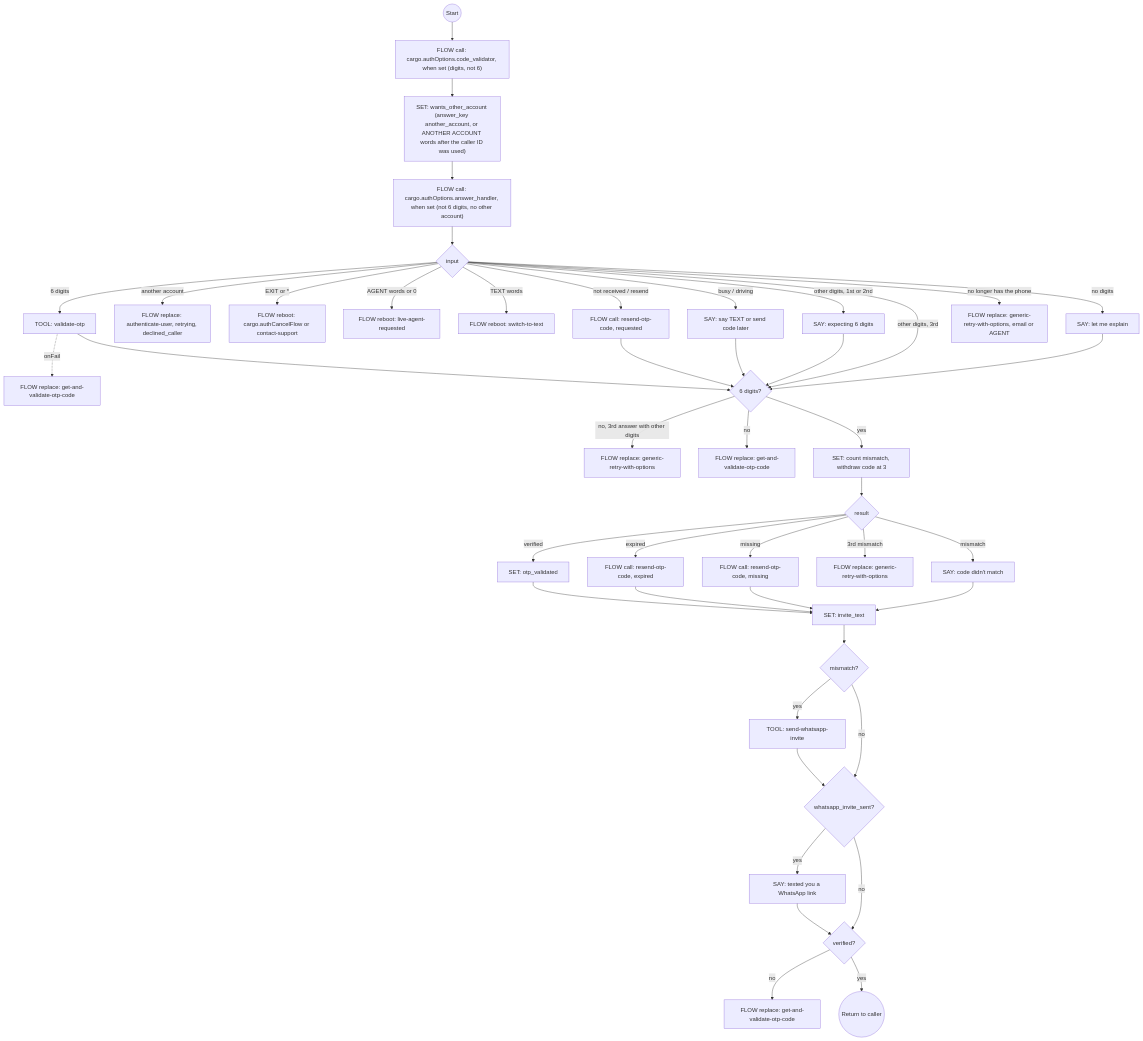
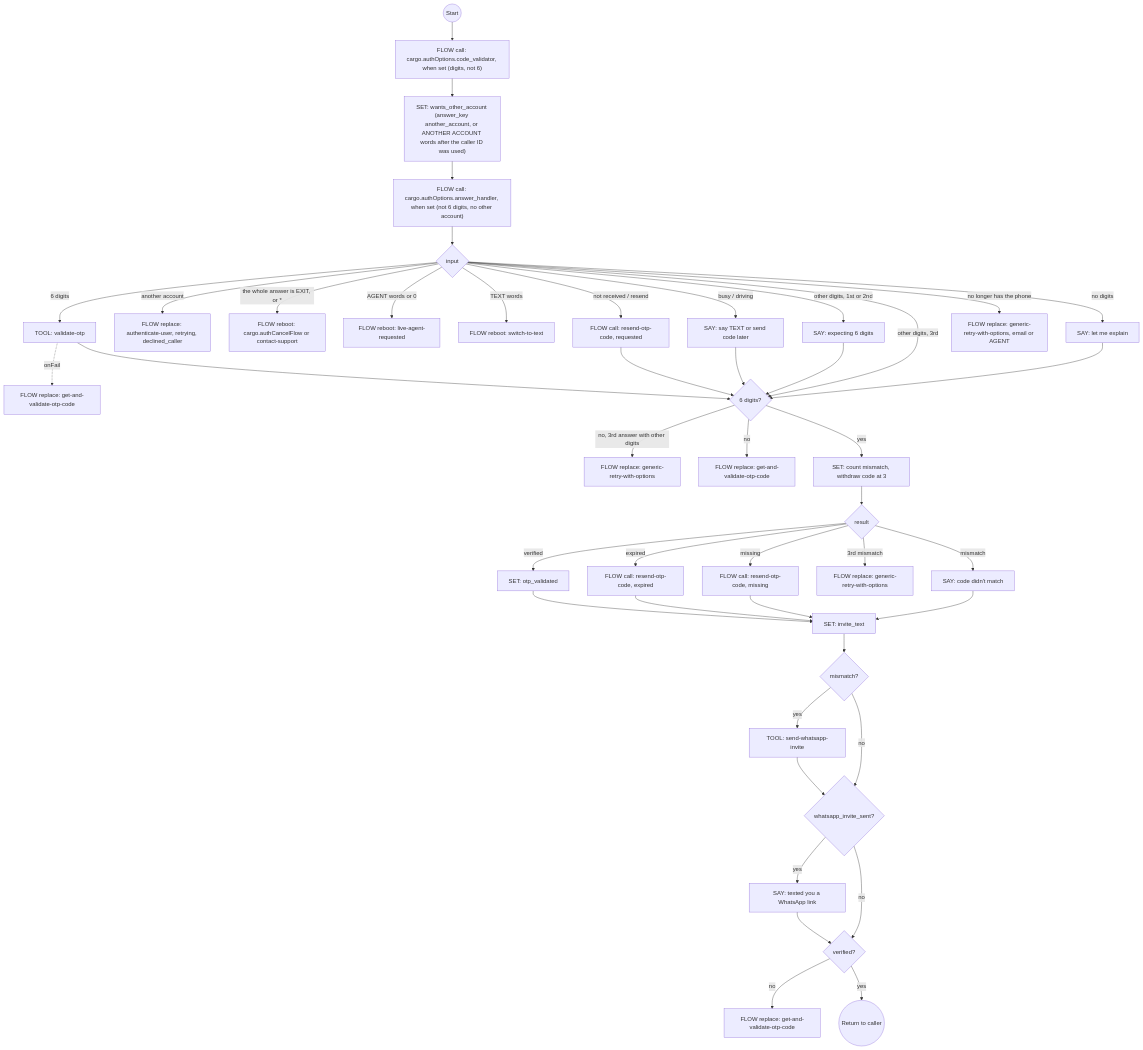
The eighth of 25 diagrams in docs/system-flows.md (ronpinkas/jsfe), drawn with Mermaid before and after one commit. The commit also changed other lines of this file and 11 other files, not shown here.

First line of the commit message:
jsfe 1.11.1: a confident answer is never lost; EXIT is the whole answer.

````diff
--- a/docs/system-flows.md
+++ b/docs/system-flows.md
@@ -610,46 +611,46 @@
 ```mermaid
 graph TD
     start((Start)) --> code_validator["FLOW call: cargo.authOptions.code_validator, when set (digits, not 6)"]
     code_validator --> other_account["SET: wants_other_account (answer_key another_account, or ANOTHER ACCOUNT words after the caller ID was used)"]
     other_account --> answer_handler["FLOW call: cargo.authOptions.answer_handler, when set (not 6 digits, no other account)"]
     answer_handler --> route{input}
     route -->|6 digits| validate_otp[TOOL: validate-otp]
     route -->|another account| use_another_account["FLOW replace: authenticate-user, retrying, declined_caller"]
-    route -->|EXIT or *| abort_process[FLOW reboot: cargo.authCancelFlow or contact-support]
+    route -->|the whole answer is EXIT, or *| abort_process[FLOW reboot: cargo.authCancelFlow or contact-support]
     route -->|AGENT words or 0| goto_live_agent[FLOW reboot: live-agent-requested]
     route -->|TEXT words| goto_text[FLOW reboot: switch-to-text]
     route -->|not received / resend| code_not_arrived[FLOW call: resend-otp-code, requested]
     route -->|busy / driving| cannot_now[SAY: say TEXT or send code later]
     route -->|other digits, 1st or 2nd| invalid_format[SAY: expecting 6 digits]
     route -->|other digits, 3rd| fmt
     route -->|no longer has the phone| no_longer_has_phone[FLOW replace: generic-retry-with-options, email or AGENT]
     route -->|no digits| explain[SAY: let me explain]
     validate_otp -.->|onFail| otp_tool_error[FLOW replace: get-and-validate-otp-code]
     validate_otp --> fmt{6 digits?}
     code_not_arrived --> fmt
     cannot_now --> fmt
     invalid_format --> fmt
     explain --> fmt
     fmt -->|no, 3rd answer with other digits| format_cap[FLOW replace: generic-retry-with-options]
     fmt -->|no| loop_back_for_code[FLOW replace: get-and-validate-otp-code]
     fmt -->|yes| count[SET: count mismatch, withdraw code at 3]
     count --> check{result}
     check -->|verified| otp_success[SET: otp_validated]
     check -->|expired| expired_fresh[FLOW call: resend-otp-code, expired]
     check -->|missing| missing_fresh[FLOW call: resend-otp-code, missing]
     check -->|3rd mismatch| cap_reached[FLOW replace: generic-retry-with-options]
     check -->|mismatch| wrong_code[SAY: code didn't match]
     otp_success --> invite_text[SET: invite_text]
     expired_fresh --> invite_text
     missing_fresh --> invite_text
     wrong_code --> invite_text
     invite_text --> invite{mismatch?}
     invite -->|yes| invite_whatsapp[TOOL: send-whatsapp-invite]
     invite -->|no| mention{whatsapp_invite_sent?}
     invite_whatsapp --> mention
     mention -->|yes| say_invite[SAY: texted you a WhatsApp link]
     mention -->|no| retry{verified?}
     say_invite --> retry
     retry -->|no| loop_back_for_new_code[FLOW replace: get-and-validate-otp-code]
     retry -->|yes| stop((Return to caller))
 ```
````
